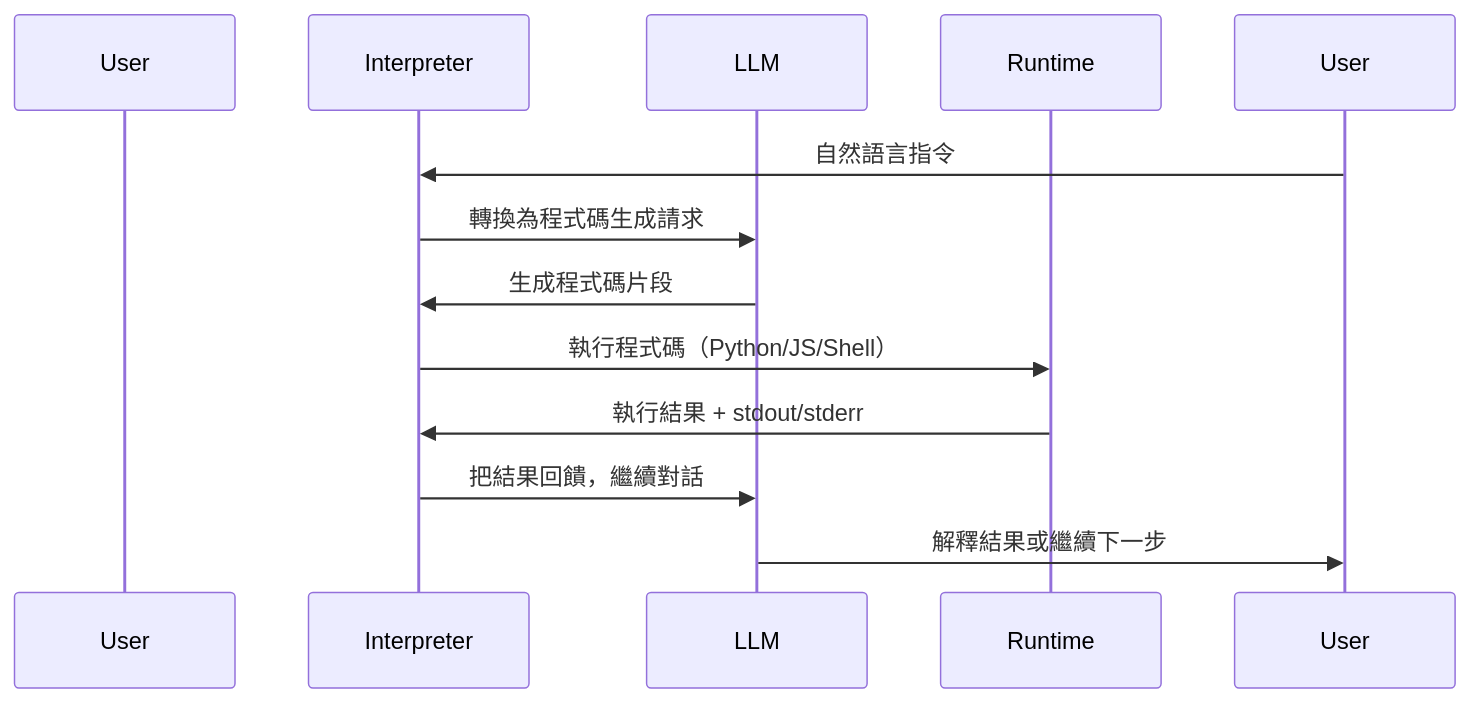
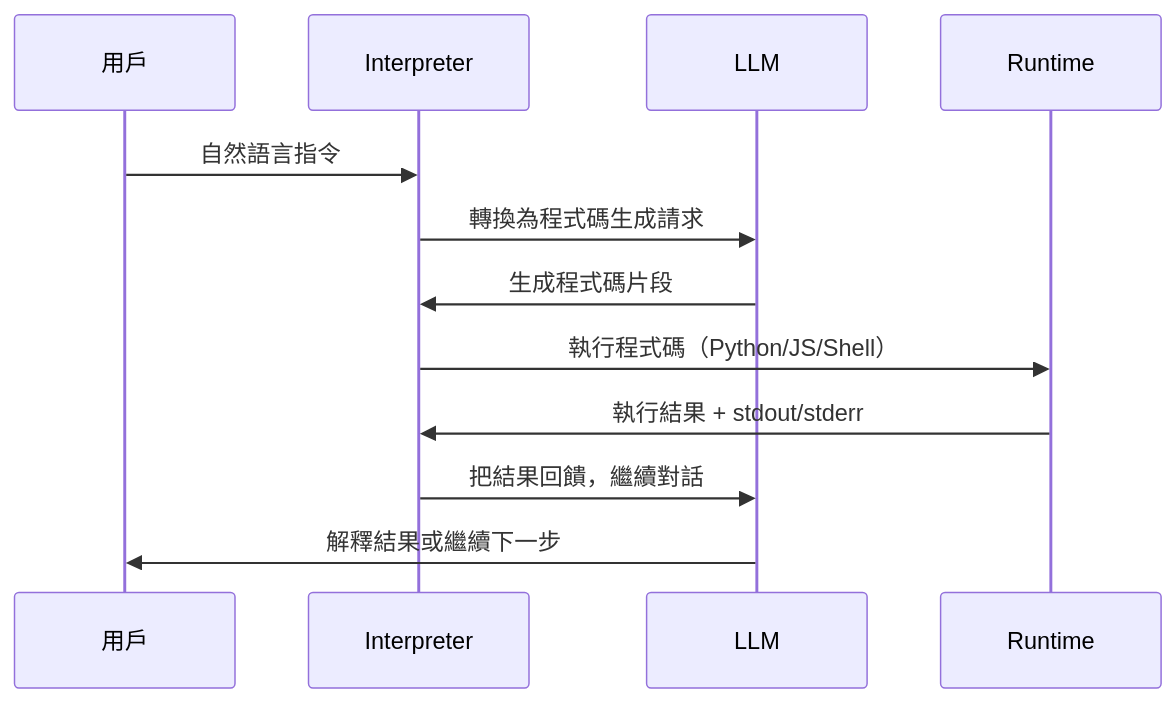
Before and after one commit to a920604a/engineernews: the diagram in src/content/posts/tech/2026-04-26-github110github.md, drawn with Mermaid. The commit also changed 5 other files, not shown here.

Commit message:
fix: auto-fix mermaid syntax errors in posts

````diff
--- a/src/content/posts/tech/2026-04-26-github110github.md
+++ b/src/content/posts/tech/2026-04-26-github110github.md
@@ -62,14 +62,14 @@
 ```mermaid
 sequenceDiagram
-  participant 用戶 as User
+  participant User as 用戶
   participant Interpreter as Interpreter
   participant LLM as LLM
   participant Runtime as Runtime
   User->>Interpreter: 自然語言指令
   Interpreter->>LLM: 轉換為程式碼生成請求
   LLM->>Interpreter: 生成程式碼片段
   Interpreter->>Runtime: 執行程式碼（Python/JS/Shell）
   Runtime->>Interpreter: 執行結果 + stdout/stderr
   Interpreter->>LLM: 把結果回饋，繼續對話
   LLM->>User: 解釋結果或繼續下一步
 ```
````
